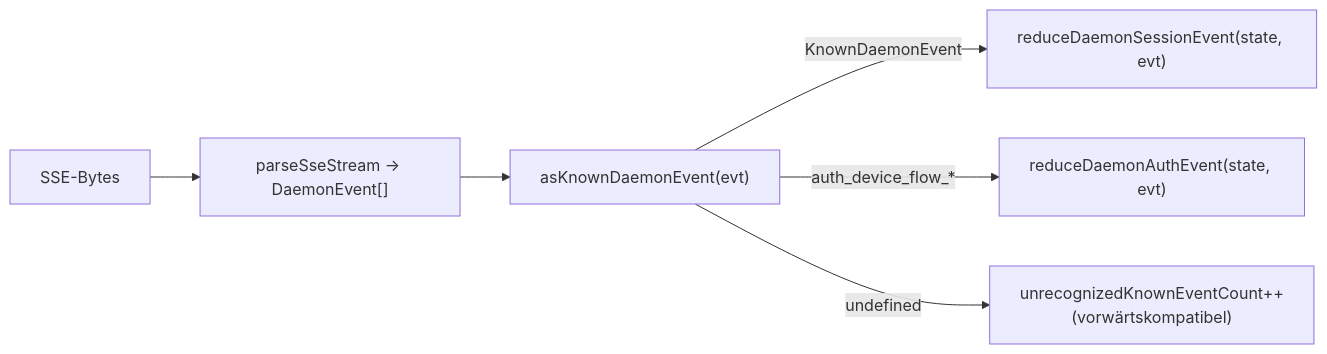
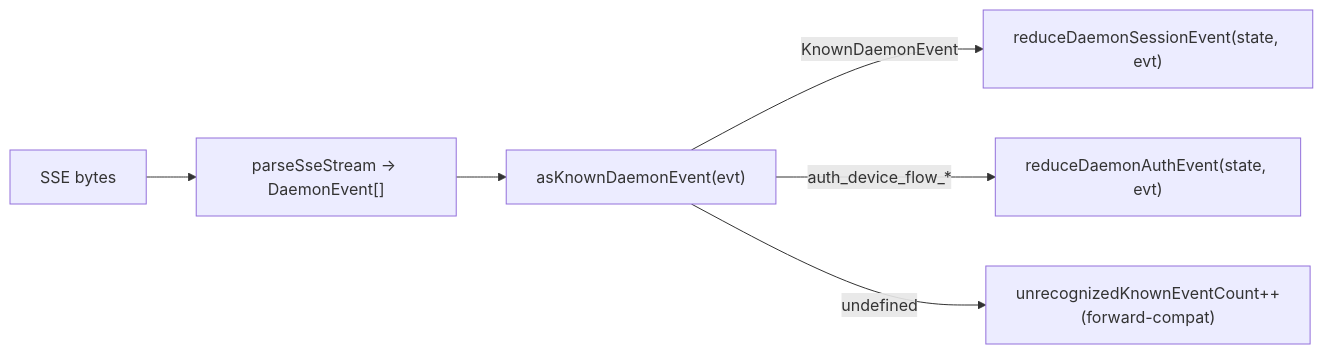
One commit to QwenLM/qwen-code-docs changed the second of 2 diagrams in website/content/de/developers/daemon/09-event-schema.md. Above: the diagram before and after it, drawn with Mermaid. The commit also changed other lines of this file and 162 other files, not shown here.

````diff
--- a/website/content/de/developers/daemon/09-event-schema.md
+++ b/website/content/de/developers/daemon/09-event-schema.md
@@ -179,8 +193,8 @@
 ```mermaid
 flowchart LR
-    A["SSE-Bytes"] --> B["parseSseStream -> DaemonEvent[]"]
+    A["SSE bytes"] --> B["parseSseStream -> DaemonEvent[]"]
     B --> C["asKnownDaemonEvent(evt)"]
     C -->|"KnownDaemonEvent"| D["reduceDaemonSessionEvent(state, evt)"]
     C -->|"auth_device_flow_*"| E["reduceDaemonAuthEvent(state, evt)"]
-    C -->|"undefined"| F["unrecognizedKnownEventCount++<br/>(vorwärtskompatibel)"]
+    C -->|"undefined"| F["unrecognizedKnownEventCount++<br/>(forward-compat)"]
 ```
````
